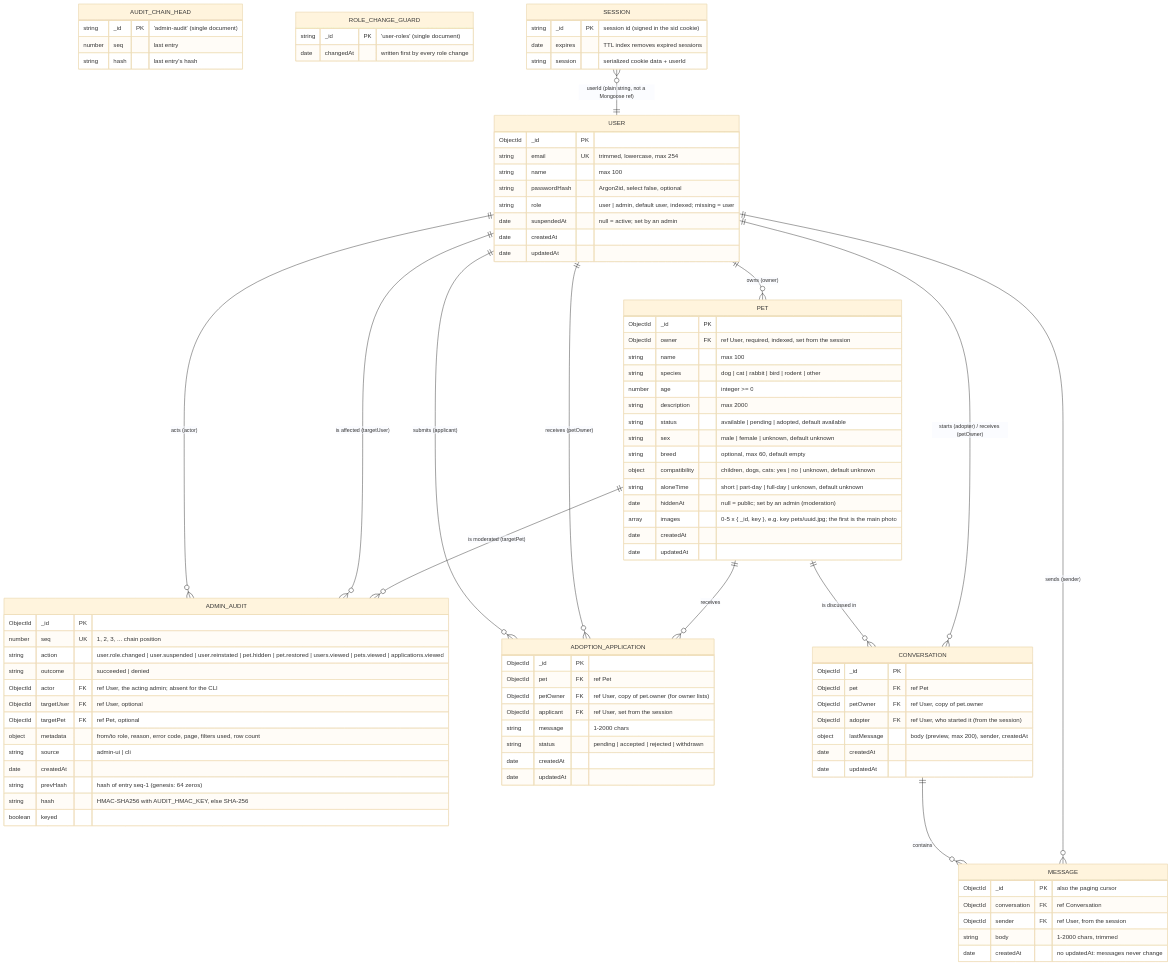
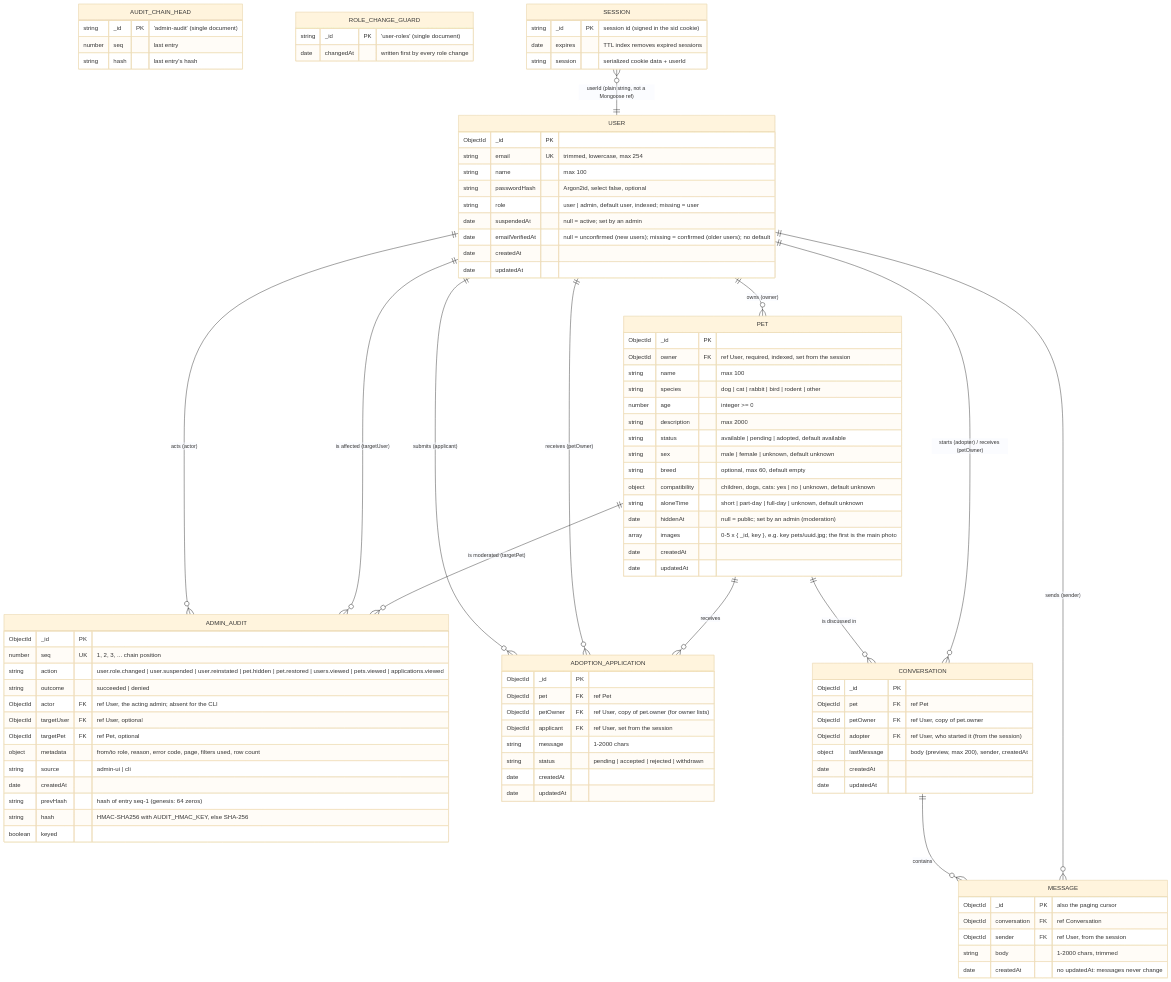
The seventh of 14 diagrams in docs/architecture.md (BojanSovtic/pet-adoption-system), drawn with Mermaid (base theme) before and after one commit. The commit also changed 20 other files, not shown here.

First line of the commit message:
feat(api): record email verification state on users

```diff
--- a/docs/architecture.md
+++ b/docs/architecture.md
@@ -316,6 +316,7 @@
     string passwordHash "Argon2id, select false, optional"
     string role "user | admin, default user, indexed; missing = user"
     date suspendedAt "null = active; set by an admin"
+    date emailVerifiedAt "null = unconfirmed (new users); missing = confirmed (older users); no default"
     date createdAt
     date updatedAt
   }
```
